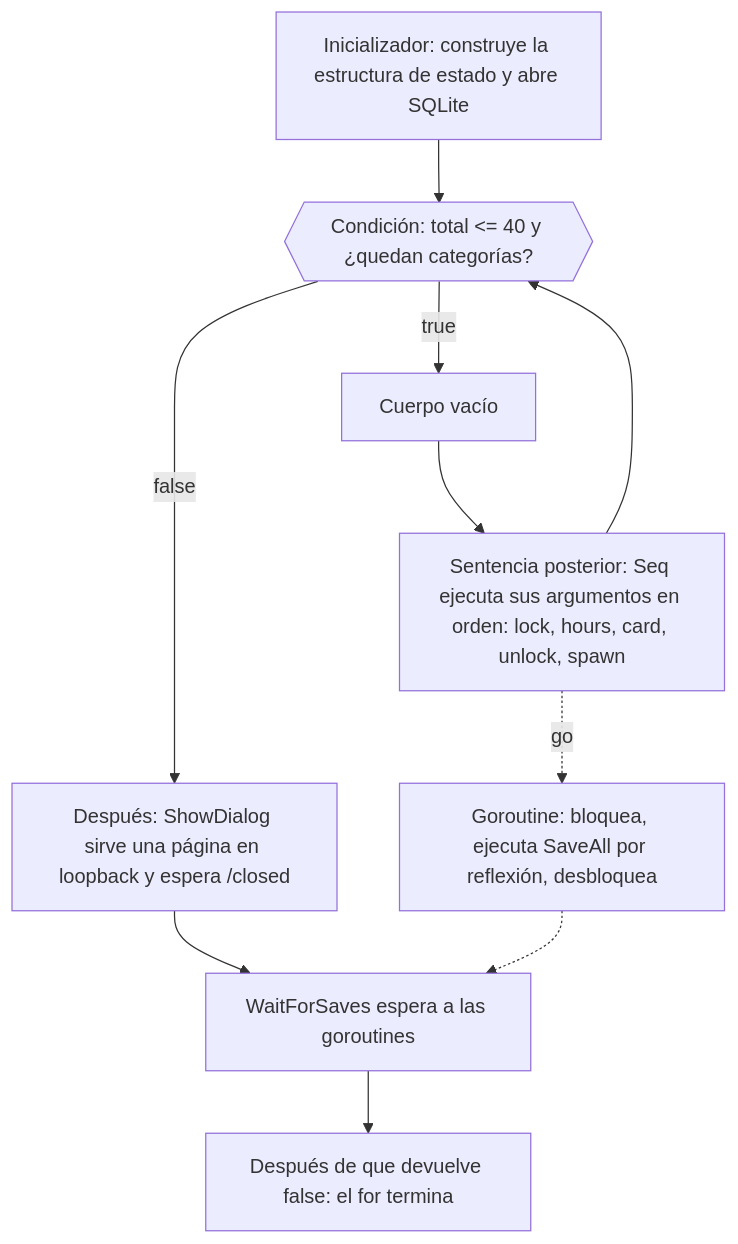
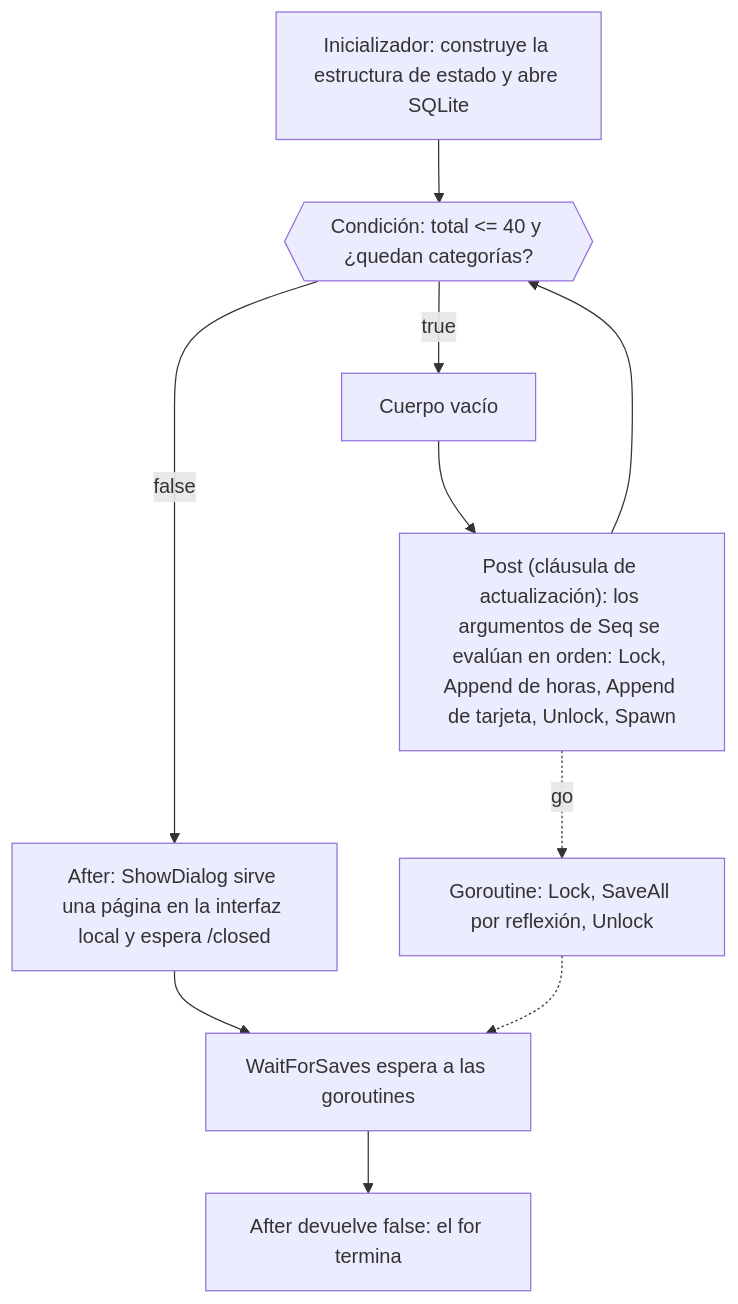
The diagram in src/GoChallenge1/README.md (dullroar/aprende-a-programar-como-un-bicho-raro), drawn with Mermaid before and after one commit. The commit also changed other lines of this file and 7 other files, not shown here.

Commit message:
loop(P3C-009): editorial correction of src/GoChallenge1/README.md per review Part D: sentencia, adaptación, interfaz local, Close as clic, literal call names in diagram, || evaluation explained, sandbox glossed once, 15 dispositions recorded

````diff
--- a/src/GoChallenge1/README.md
+++ b/src/GoChallenge1/README.md
@@ -68,14 +68,14 @@
 ```mermaid
 flowchart TD
     accTitle: GoChallenge1: una sola sentencia for, una goroutine y un diálogo servido por HTTP
-    accDescr: Un diagrama de flujo. El inicializador crea una estructura de estado y abre el repositorio. La condición es verdadera mientras el total no pase de 40 y queden categorías. Entonces se ejecuta el cuerpo vacío, y la sentencia posterior ejecuta Seq, que bloquea, suma horas, prepara una tarjeta, desbloquea e inicia una goroutine que guarda las tarjetas preparadas. Cuando la condición es falsa, After ejecuta ShowDialog, que sirve una página y espera a que el navegador envíe por POST el aviso de que se cerró. Después WaitForSaves espera a las goroutines, y la condición devuelve falso para que el for termine.
+    accDescr: Un diagrama de flujo. El inicializador crea una estructura de estado y abre el repositorio. La condición es verdadera mientras el total no pase de 40 y queden categorías. Entonces se ejecuta el cuerpo vacío, y la cláusula de actualización llama a Seq, cuyos argumentos, evaluados en orden, bloquean con Lock, suman horas con Append, preparan una tarjeta con Append, desbloquean con Unlock e inician con Spawn una goroutine que guarda las tarjetas preparadas. Cuando la condición es falsa, After ejecuta ShowDialog, que sirve una página y espera a que el navegador envíe por POST el aviso de que se cerró. Después WaitForSaves espera a las goroutines, y la condición devuelve falso para que el for termine.
     A["Inicializador: construye la estructura de estado y abre SQLite"] --> B{{"Condición: total <= 40 y ¿quedan categorías?"}}
     B -->|true| C["Cuerpo vacío"]
-    C --> D["Sentencia posterior: Seq ejecuta sus argumentos en orden: lock, hours, card, unlock, spawn"]
+    C --> D["Post (cláusula de actualización): los argumentos de Seq se evalúan en orden: Lock, Append de horas, Append de tarjeta, Unlock, Spawn"]
     D --> B
-    D -.->|go| G["Goroutine: bloquea, ejecuta SaveAll por reflexión, desbloquea"]
-    B -->|false| E["Después: ShowDialog sirve una página en loopback y espera /closed"]
+    D -.->|go| G["Goroutine: Lock, SaveAll por reflexión, Unlock"]
+    B -->|false| E["After: ShowDialog sirve una página en la interfaz local y espera /closed"]
     E --> W["WaitForSaves espera a las goroutines"]
     G -.-> W
-    W --> X["Después de que devuelve false: el for termina"]
+    W --> X["After devuelve false: el for termina"]
 ```
````
